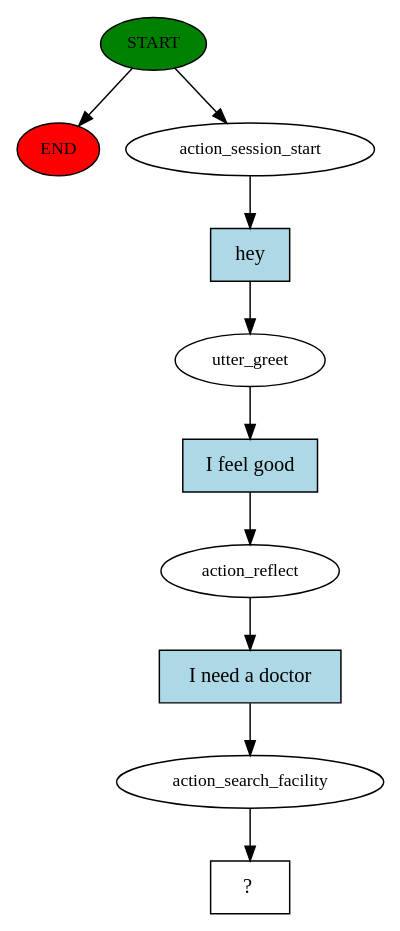
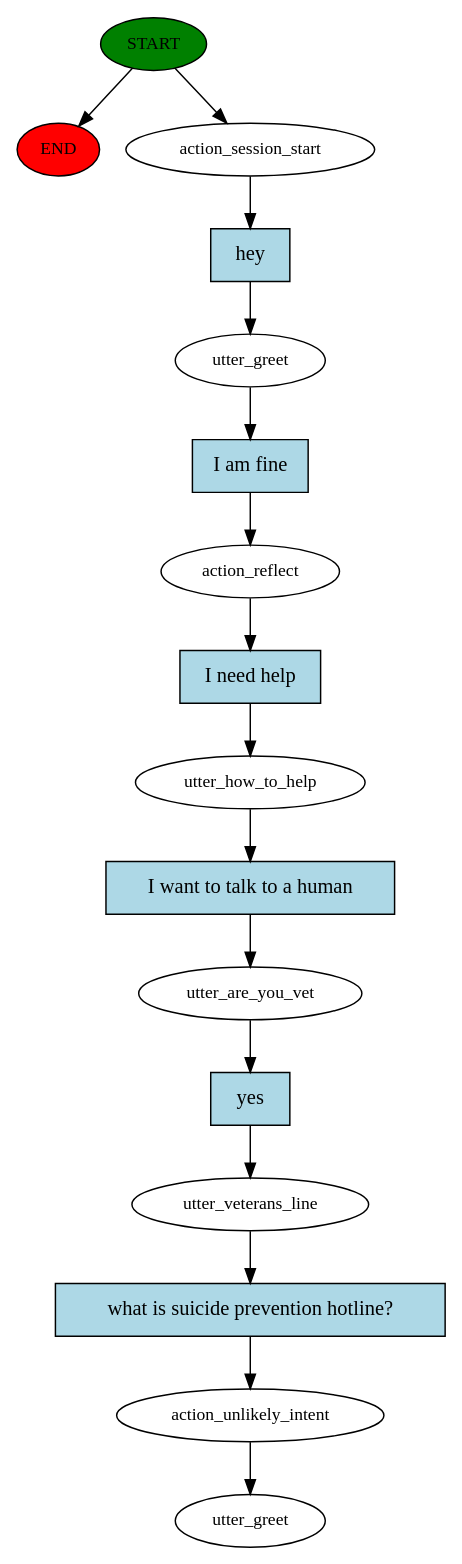
Before and after one commit to aadNM/senior-design: the diagram in rasa_complete/story_graph.dot, drawn with Graphviz. The commit also changed 5 other files, not shown here.

```diff
--- a/rasa_complete/story_graph.dot
+++ b/rasa_complete/story_graph.dot
@@ -1,21 +1,33 @@
 digraph  {
 0 [class="start active", fillcolor=green, fontsize=12, label=START, style=filled];
 "-1" [class=end, fillcolor=red, fontsize=12, label=END, style=filled];
 1 [class=active, fontsize=12, label=action_session_start];
 2 [class=active, fontsize=12, label=utter_greet];
 3 [class=active, fontsize=12, label=action_reflect];
-4 [class=active, fontsize=12, label=action_search_facility];
-5 [class="intent dashed active", label="  ?  ", shape=rect];
-6 [class="intent active", fillcolor=lightblue, label=hey, shape=rect, style=filled];
-7 [class="intent active", fillcolor=lightblue, label="I feel good", shape=rect, style=filled];
-8 [class="intent active", fillcolor=lightblue, label="I need a doctor", shape=rect, style=filled];
+4 [class=active, fontsize=12, label=utter_how_to_help];
+5 [class=active, fontsize=12, label=utter_are_you_vet];
+6 [class=active, fontsize=12, label=utter_veterans_line];
+7 [class=active, fontsize=12, label=action_unlikely_intent];
+8 [class="dashed active", fontsize=12, label=utter_greet];
+9 [class="intent active", fillcolor=lightblue, label=hey, shape=rect, style=filled];
+10 [class="intent active", fillcolor=lightblue, label="I am fine", shape=rect, style=filled];
+11 [class="intent active", fillcolor=lightblue, label="I need help", shape=rect, style=filled];
+12 [class="intent active", fillcolor=lightblue, label="I want to talk to a human", shape=rect, style=filled];
+13 [class="intent active", fillcolor=lightblue, label=yes, shape=rect, style=filled];
+14 [class="intent active", fillcolor=lightblue, label="what is suicide prevention hotline?", shape=rect, style=filled];
 0 -> "-1"  [class="", key=NONE, label=""];
 0 -> 1  [class=active, key=NONE, label=""];
-1 -> 6  [class=active, key=0];
-2 -> 7  [class=active, key=0];
-3 -> 8  [class=active, key=0];
-4 -> 5  [class=active, key=NONE, label=""];
-6 -> 2  [class=active, key=0];
-7 -> 3  [class=active, key=0];
-8 -> 4  [class=active, key=0];
+1 -> 9  [class=active, key=0];
+2 -> 10  [class=active, key=0];
+3 -> 11  [class=active, key=0];
+4 -> 12  [class=active, key=0];
+5 -> 13  [class=active, key=0];
+6 -> 14  [class=active, key=0];
+7 -> 8  [class=active, key=NONE, label=""];
+9 -> 2  [class=active, key=0];
+10 -> 3  [class=active, key=0];
+11 -> 4  [class=active, key=0];
+12 -> 5  [class=active, key=0];
+13 -> 6  [class=active, key=0];
+14 -> 7  [class=active, key=0];
 }
```
